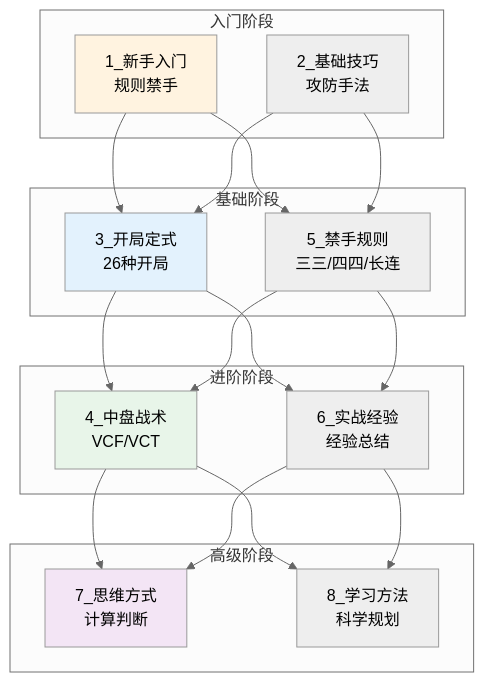
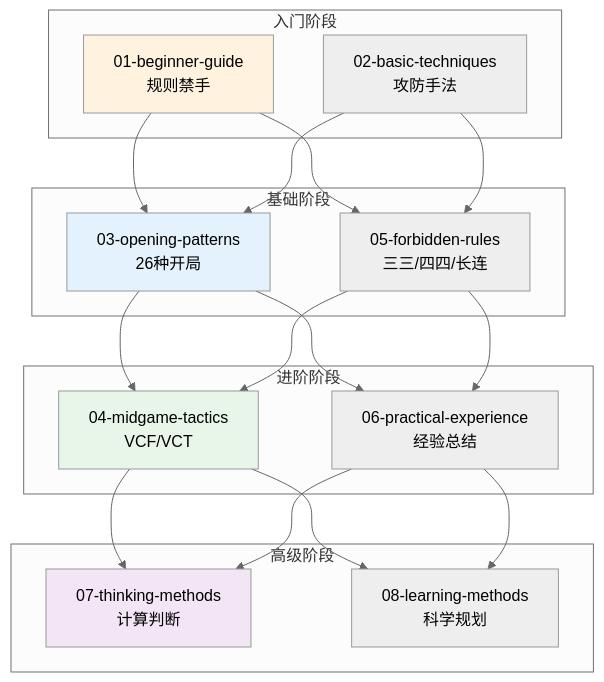
One commit to wxyClark/wxyClark.github.io changed the first of 5 diagrams in content/health/sports-science/Gomoku/index.md. Above: the diagram before and after it, drawn with Mermaid (neutral theme). The commit also changed other lines of this file and 118 other files, not shown here.

````diff
--- a/content/health/sports-science/Gomoku/index.md
+++ b/content/health/sports-science/Gomoku/index.md
@@ -14,31 +14,31 @@
 ```mermaid
 graph TB
     subgraph 入门阶段
-        I1[1_新手入门<br/>规则禁手]
-        I2[2_基础技巧<br/>攻防手法]
+        I1[01-beginner-guide<br/>规则禁手]
+        I2[02-basic-techniques<br/>攻防手法]
     end
     
     subgraph 基础阶段
-        B1[3_开局定式<br/>26种开局]
-        B2[5_禁手规则<br/>三三/四四/长连]
+        B1[03-opening-patterns<br/>26种开局]
+        B2[05-forbidden-rules<br/>三三/四四/长连]
     end
     
     subgraph 进阶阶段
-        A1[4_中盘战术<br/>VCF/VCT]
-        A2[6_实战经验<br/>经验总结]
+        A1[04-midgame-tactics<br/>VCF/VCT]
+        A2[06-practical-experience<br/>经验总结]
     end
     
     subgraph 高级阶段
-        H1[7_思维方式<br/>计算判断]
-        H2[8_学习方法<br/>科学规划]
+        H1[07-thinking-methods<br/>计算判断]
+        H2[08-learning-methods<br/>科学规划]
     end
     
     I1 & I2 --> B1 & B2
     B1 & B2 --> A1 & A2
     A1 & A2 --> H1 & H2
     
     style I1 fill:#fff3e0
     style B1 fill:#e3f2fd
     style A1 fill:#e8f5e9
     style H1 fill:#f3e5f5
 ```
````
